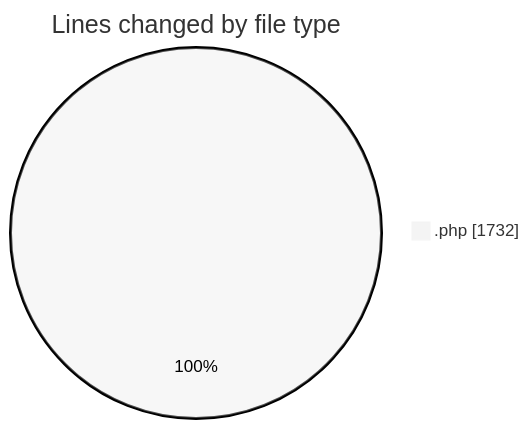
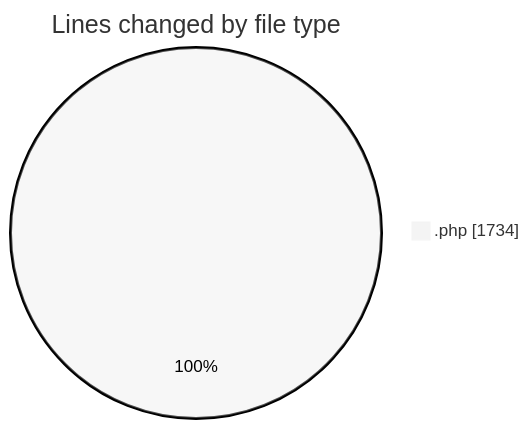
Before and after one commit to LanceThiago/code-tracking: the first of 2 diagrams in 2026-08-28/oficina/README.md, drawn with Mermaid (neutral theme). The commit also changed other lines of this file and 1 other file, not shown here.

````diff
--- a/2026-08-28/oficina/README.md
+++ b/2026-08-28/oficina/README.md
@@ -20,5 +20,5 @@
 ```mermaid
 pie showData
 title Lines changed by file type
-".php" : 1732
+".php" : 1734
 ```
````
